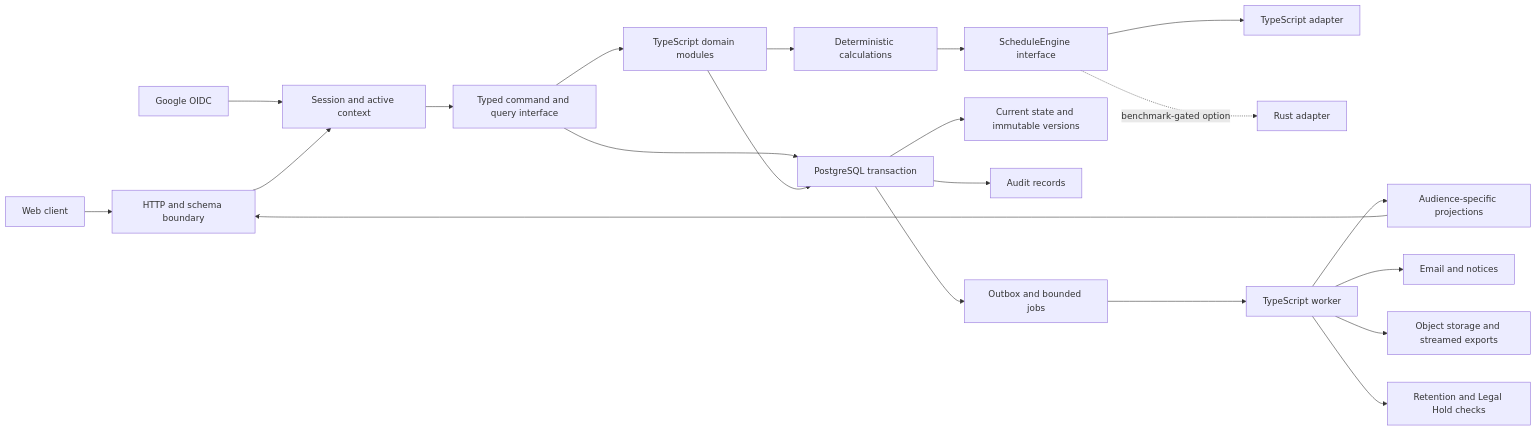
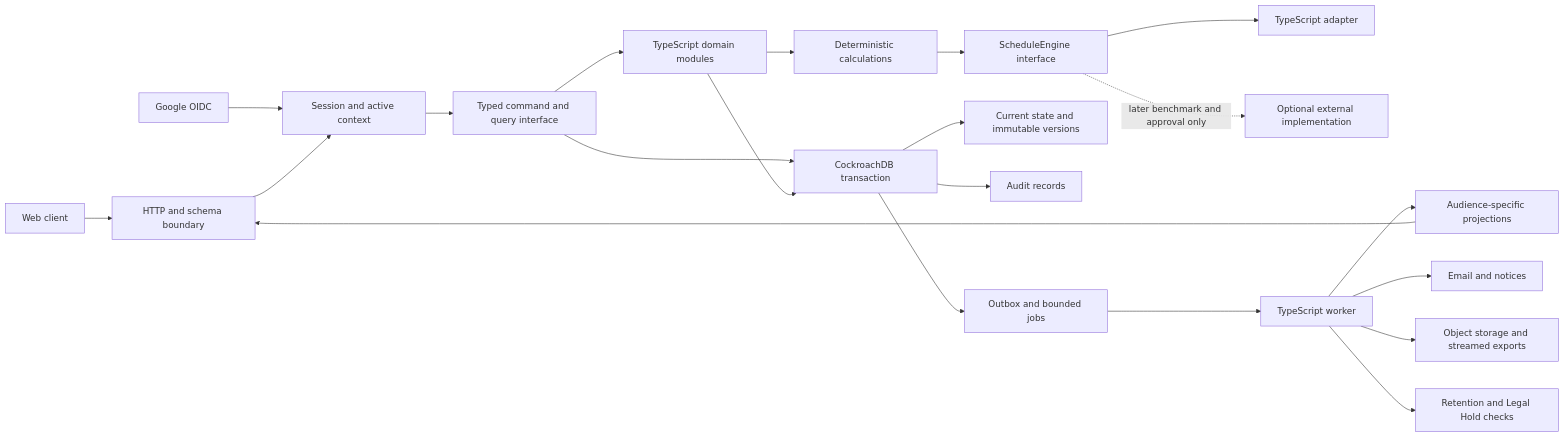
One commit to Cooper2Rich/Docket changed the third of 3 diagrams in wiki/backend-implementation-proposal.md. Above: the diagram before and after it, drawn with Mermaid. The commit also changed other lines of this file and 11 other files, not shown here.

Commit message:
docs: organize backend architecture wiki

````diff
--- a/wiki/backend-implementation-proposal.md
+++ b/wiki/backend-implementation-proposal.md
@@ -150,27 +281,27 @@
 ```mermaid
 flowchart LR
     Client[Web client] --> Edge[HTTP and schema boundary]
     Google[Google OIDC] --> Auth[Session and active context]
     Edge --> Auth
     Auth --> Commands[Typed command and query interface]
 
     Commands --> Domain[TypeScript domain modules]
     Domain --> Calc[Deterministic calculations]
     Calc --> Engine[ScheduleEngine interface]
     Engine --> TS[TypeScript adapter]
-    Engine -. benchmark-gated option .-> Rust[Rust adapter]
+    Engine -. later benchmark and approval only .-> External[Optional external implementation]
 
-    Commands --> Tx[PostgreSQL transaction]
+    Commands --> Tx[CockroachDB transaction]
     Domain --> Tx
     Tx --> State[Current state and immutable versions]
     Tx --> Audit[Audit records]
     Tx --> Outbox[Outbox and bounded jobs]
 
     Outbox --> Worker[TypeScript worker]
     Worker --> Views[Audience-specific projections]
     Worker --> Delivery[Email and notices]
     Worker --> Storage[Object storage and streamed exports]
     Worker --> Retention[Retention and Legal Hold checks]
 
     Views --> Edge
 ```
````
